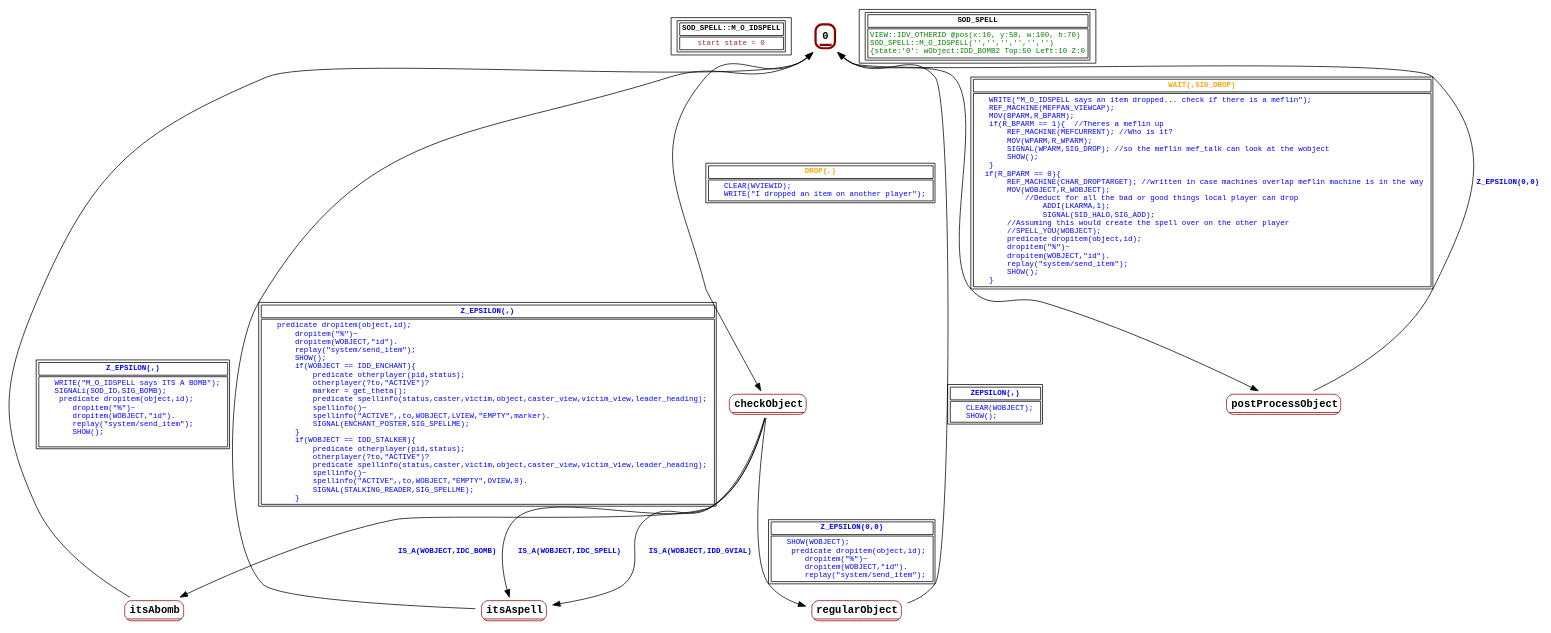
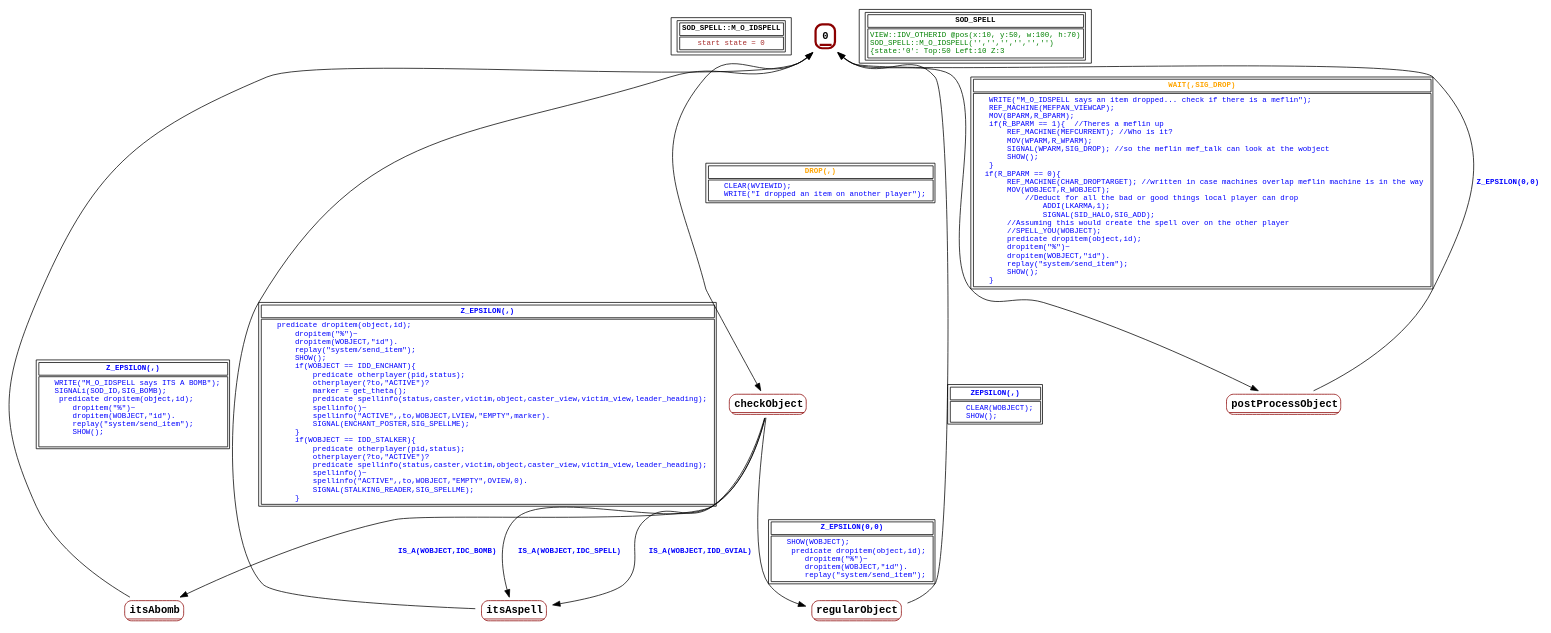
The diagram in graphs/SOD_SPELL.dot (guy-stewart/AzariaCD), drawn with Graphviz before and after one commit. The commit also changed 19 other files, not shown here.

```diff
--- a/graphs/SOD_SPELL.dot
+++ b/graphs/SOD_SPELL.dot
@@ -1,52 +1,52 @@
 digraph Automaton {
  fontname="Courier New"
 	node [shape=oval, fontname="Courier New"];
 	filename[shape = record, fontsize=10, label=< <table border="1"><tr><td><b>SOD_SPELL::M_O_IDSPELL<br align="left"/></b></td></tr>
 <tr><td><font point-size="10" color ="brown">start state = 0<br align="left"/></font></td></tr></table>>
 ];
 	0[shape = none, fontsize=14, label=< <table border="3" color="darkred" style="rounded"><tr><td sides="b"><b>0<br align="left"/></b></td></tr>
 </table>>];
 "0" -> "checkObject" [fontcolor=orange,fontsize=10,fontname="Courier New", label=< <table border="1"><tr><td><b>DROP(,)<br align="left"/></b></td></tr>
 <tr><td><font point-size="10" color ="blue">    CLEAR(WVIEWID);<br align="left"/>    WRITE(&quot;I dropped an item on another player&quot;);<br align="left"/></font></td></tr></table>>
 ];
 "0" -> "postProcessObject" [fontcolor=orange,fontsize=10,fontname="Courier New", label=< <table border="1"><tr><td><b>WAIT(,SIG_DROP)<br align="left"/></b></td></tr>
 <tr><td><font point-size="10" color ="blue">    WRITE(&quot;M_O_IDSPELL says an item dropped... check if there is a meflin&quot;);<br align="left"/>    REF_MACHINE(MEFPAN_VIEWCAP);<br align="left"/>    MOV(BPARM,R_BPARM);<br align="left"/>    if(R_BPARM == 1)&#123;  //Theres a meflin up<br align="left"/>        REF_MACHINE(MEFCURRENT); //Who is it?<br align="left"/>        MOV(WPARM,R_WPARM);<br align="left"/>        SIGNAL(WPARM,SIG_DROP); //so the meflin mef_talk can look at the wobject<br align="left"/>        SHOW();<br align="left"/>    &#125;<br align="left"/>   if(R_BPARM == 0)&#123;<br align="left"/>        REF_MACHINE(CHAR_DROPTARGET); //written in case machines overlap meflin machine is in the way<br align="left"/>        MOV(WOBJECT,R_WOBJECT);<br align="left"/>            //Deduct for all the bad or good things local player can drop <br align="left"/>                ADDI(LKARMA,1); <br align="left"/>                SIGNAL(SID_HALO,SIG_ADD);<br align="left"/>        //Assuming this would create the spell over on the other player<br align="left"/>        //SPELL_YOU(WOBJECT);<br align="left"/>        predicate dropitem(object,id);<br align="left"/>        dropitem(&quot;%&quot;)~<br align="left"/>        dropitem(WOBJECT,&quot;id&quot;).<br align="left"/>        replay(&quot;system/send_item&quot;);<br align="left"/>        SHOW();<br align="left"/>    &#125; <br align="left"/></font></td></tr></table>>
 ];
 	checkObject[shape = none, fontsize=14, label=< <table border="1" color="darkred" style="rounded"><tr><td sides="b"><b>checkObject<br align="left"/></b></td></tr>
 </table>>];
 "checkObject" -> "itsAbomb" [fontcolor=blue,fontsize=10,fontname="Courier New", label=< <table border="0"><tr><td><b>IS_A(WOBJECT,IDC_BOMB)<br align="left"/></b></td></tr>
 </table>>
 ];
 "checkObject" -> "itsAspell" [fontcolor=blue,fontsize=10,fontname="Courier New", label=< <table border="0"><tr><td><b>IS_A(WOBJECT,IDC_SPELL)<br align="left"/></b></td></tr>
 </table>>
 ];
 "checkObject" -> "itsAspell" [fontcolor=blue,fontsize=10,fontname="Courier New", label=< <table border="0"><tr><td><b>IS_A(WOBJECT,IDD_GVIAL)<br align="left"/></b></td></tr>
 </table>>
 ];
 "checkObject" -> "regularObject" [fontcolor=blue,fontsize=10,fontname="Courier New", label=< <table border="1"><tr><td><b>Z_EPSILON(0,0)<br align="left"/></b></td></tr>
 <tr><td><font point-size="10" color ="blue">    SHOW(WOBJECT);<br align="left"/>     predicate dropitem(object,id);<br align="left"/>        dropitem(&quot;%&quot;)~<br align="left"/>        dropitem(WOBJECT,&quot;id&quot;).<br align="left"/>        replay(&quot;system/send_item&quot;);<br align="left"/></font></td></tr></table>>
 ];
 	itsAbomb[shape = none, fontsize=14, label=< <table border="1" color="darkred" style="rounded"><tr><td sides="b"><b>itsAbomb<br align="left"/></b></td></tr>
 </table>>];
 "itsAbomb" -> "0" [fontcolor=blue,fontsize=10,fontname="Courier New", label=< <table border="1"><tr><td><b>Z_EPSILON(,)<br align="left"/></b></td></tr>
 <tr><td><font point-size="10" color ="blue">    WRITE(&quot;M_O_IDSPELL says ITS A BOMB&quot;);<br align="left"/>    SIGNALi(SOD_ID,SIG_BOMB);<br align="left"/>     predicate dropitem(object,id);<br align="left"/>        dropitem(&quot;%&quot;)~<br align="left"/>        dropitem(WOBJECT,&quot;id&quot;).<br align="left"/>        replay(&quot;system/send_item&quot;);<br align="left"/>        SHOW();<br align="left"/>    <br align="left"/></font></td></tr></table>>
 ];
 	itsAspell[shape = none, fontsize=14, label=< <table border="1" color="darkred" style="rounded"><tr><td sides="b"><b>itsAspell<br align="left"/></b></td></tr>
 </table>>];
 "itsAspell" -> "0" [fontcolor=blue,fontsize=10,fontname="Courier New", label=< <table border="1"><tr><td><b>Z_EPSILON(,)<br align="left"/></b></td></tr>
 <tr><td><font point-size="10" color ="blue">    predicate dropitem(object,id);<br align="left"/>        dropitem(&quot;%&quot;)~<br align="left"/>        dropitem(WOBJECT,&quot;id&quot;).<br align="left"/>        replay(&quot;system/send_item&quot;);<br align="left"/>        SHOW();<br align="left"/>        if(WOBJECT == IDD_ENCHANT)&#123;<br align="left"/>            predicate otherplayer(pid,status);<br align="left"/>            otherplayer(?to,&quot;ACTIVE&quot;)?<br align="left"/>            marker = get_theta(); <br align="left"/>            predicate spellinfo(status,caster,victim,object,caster_view,victim_view,leader_heading);<br align="left"/>            spellinfo()~<br align="left"/>            spellinfo(&quot;ACTIVE&quot;,,to,WOBJECT,LVIEW,&quot;EMPTY&quot;,marker).<br align="left"/>            SIGNAL(ENCHANT_POSTER,SIG_SPELLME);<br align="left"/>        &#125;<br align="left"/>        if(WOBJECT == IDD_STALKER)&#123;<br align="left"/>            predicate otherplayer(pid,status);<br align="left"/>            otherplayer(?to,&quot;ACTIVE&quot;)?<br align="left"/>            predicate spellinfo(status,caster,victim,object,caster_view,victim_view,leader_heading);<br align="left"/>            spellinfo()~<br align="left"/>            spellinfo(&quot;ACTIVE&quot;,,to,WOBJECT,&quot;EMPTY&quot;,OVIEW,0).<br align="left"/>            SIGNAL(STALKING_READER,SIG_SPELLME);<br align="left"/>        &#125;<br align="left"/></font></td></tr></table>>
 ];
 	postProcessObject[shape = none, fontsize=14, label=< <table border="1" color="darkred" style="rounded"><tr><td sides="b"><b>postProcessObject<br align="left"/></b></td></tr>
 </table>>];
 "postProcessObject" -> "0" [fontcolor=blue,fontsize=10,fontname="Courier New", label=< <table border="0"><tr><td><b>Z_EPSILON(0,0)<br align="left"/></b></td></tr>
 </table>>
 ];
 	regularObject[shape = none, fontsize=14, label=< <table border="1" color="darkred" style="rounded"><tr><td sides="b"><b>regularObject<br align="left"/></b></td></tr>
 </table>>];
 "regularObject" -> "0" [fontcolor=blue,fontsize=10,fontname="Courier New", label=< <table border="1"><tr><td><b>ZEPSILON(,)<br align="left"/></b></td></tr>
 <tr><td><font point-size="10" color ="blue">    CLEAR(WOBJECT);<br align="left"/>    SHOW();<br align="left"/></font></td></tr></table>>
 ];
 	status[shape = record, fontsize=10, label=< <table border="1"><tr><td><b>SOD_SPELL<br align="left"/></b></td></tr>
-<tr><td><font point-size="10" color ="green">VIEW::IDV_OTHERID @pos(x:10, y:50, w:100, h:70)<br align="left"/>SOD_SPELL::M_O_IDSPELL(&apos;&apos;,&apos;&apos;,&apos;&apos;,&apos;&apos;,&apos;&apos;,&apos;&apos;)<br align="left"/>			&#123;state:&apos;0&apos;: wObject:IDD_BOMB2 Top:50 Left:10 Z:0<br align="left"/></font></td></tr></table>>
+<tr><td><font point-size="10" color ="green">VIEW::IDV_OTHERID @pos(x:10, y:50, w:100, h:70)<br align="left"/>SOD_SPELL::M_O_IDSPELL(&apos;&apos;,&apos;&apos;,&apos;&apos;,&apos;&apos;,&apos;&apos;,&apos;&apos;)<br align="left"/>			&#123;state:&apos;0&apos;: Top:50 Left:10 Z:3<br align="left"/></font></td></tr></table>>
 ];
 }
```
